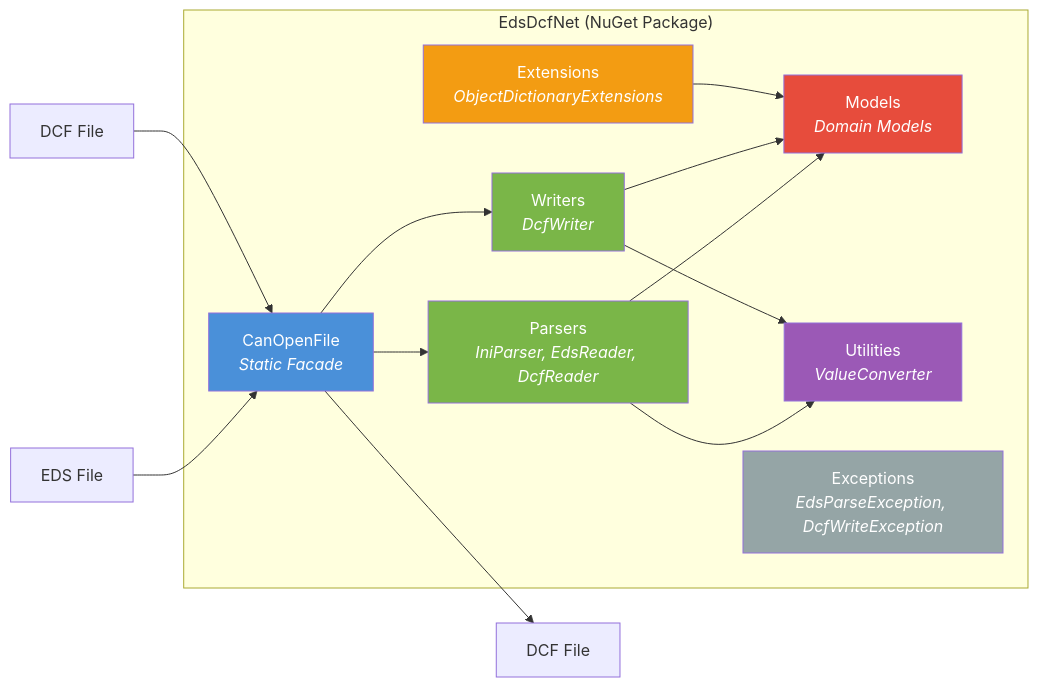
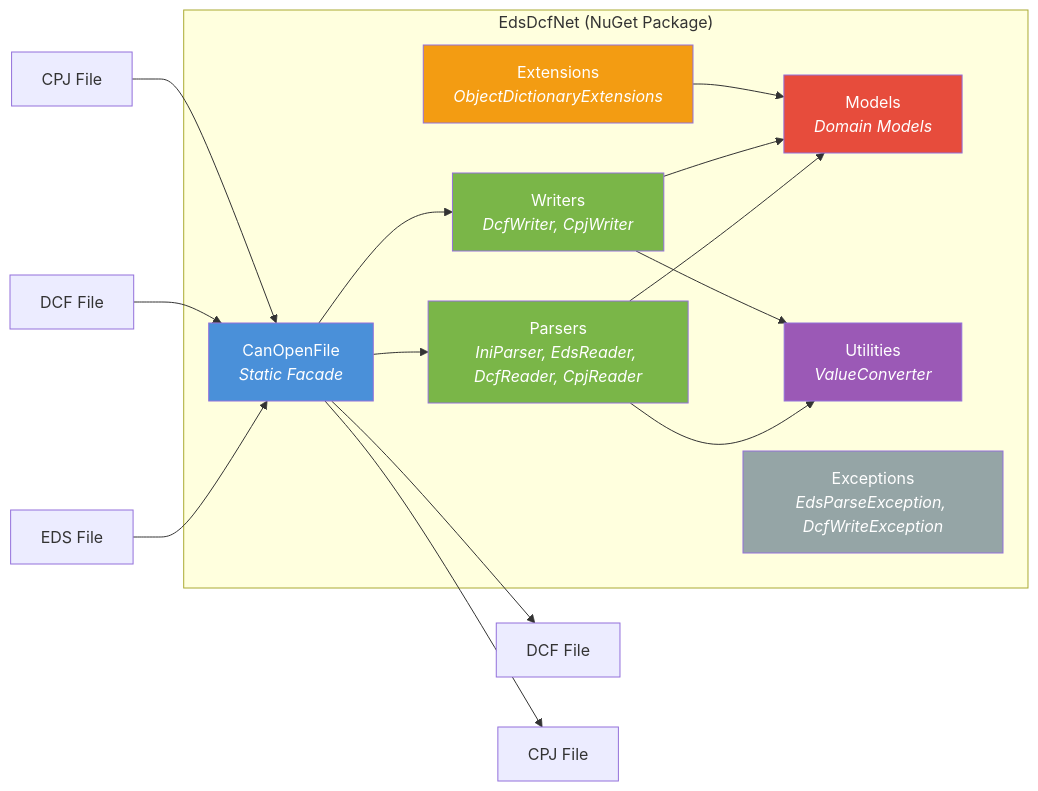
One commit to dborgards/eds-dcf-net changed the first of 8 diagrams in docs/architecture/05-building-block-view.md. Above: the diagram before and after it, drawn with Mermaid. The commit also changed other lines of this file and 18 other files, not shown here.

````diff
--- a/docs/architecture/05-building-block-view.md
+++ b/docs/architecture/05-building-block-view.md
@@ -5,31 +5,33 @@
 ```mermaid
 graph LR
     subgraph EdsDcfNet ["EdsDcfNet (NuGet Package)"]
         API["CanOpenFile<br/><i>Static Facade</i>"]
-        Parsers["Parsers<br/><i>IniParser, EdsReader, DcfReader</i>"]
-        Writers["Writers<br/><i>DcfWriter</i>"]
+        Parsers["Parsers<br/><i>IniParser, EdsReader, DcfReader, CpjReader</i>"]
+        Writers["Writers<br/><i>DcfWriter, CpjWriter</i>"]
         Models["Models<br/><i>Domain Models</i>"]
         Utilities["Utilities<br/><i>ValueConverter</i>"]
         Extensions["Extensions<br/><i>ObjectDictionaryExtensions</i>"]
         Exceptions["Exceptions<br/><i>EdsParseException, DcfWriteException</i>"]
     end
 
     EDS["EDS File"] --> API
     DCF_In["DCF File"] --> API
+    CPJ_In["CPJ File"] --> API
     API --> DCF_Out["DCF File"]
+    API --> CPJ_Out["CPJ File"]
     API --> Parsers
     API --> Writers
     Parsers --> Models
     Writers --> Models
     Parsers --> Utilities
     Writers --> Utilities
     Extensions --> Models
 
     style API fill:#4A90D9,color:#fff
     style Parsers fill:#7AB648,color:#fff
     style Writers fill:#7AB648,color:#fff
     style Models fill:#E74C3C,color:#fff
     style Utilities fill:#9B59B6,color:#fff
     style Extensions fill:#F39C12,color:#fff
     style Exceptions fill:#95A5A6,color:#fff
 ```
````
